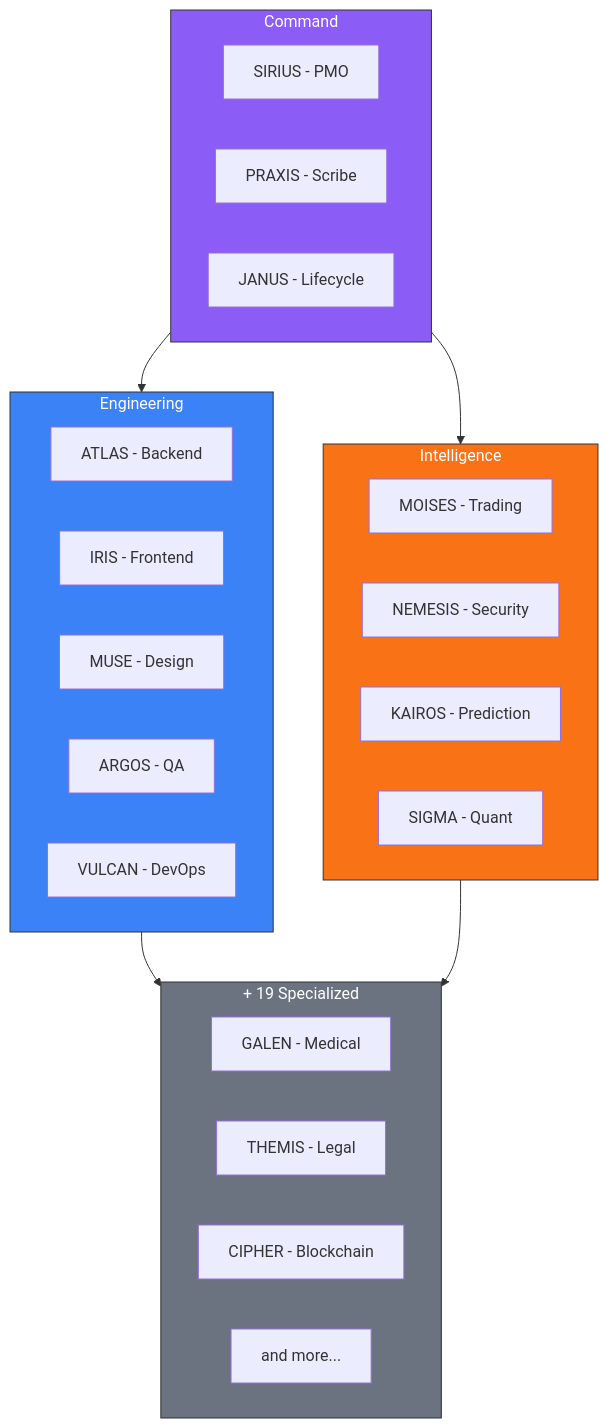
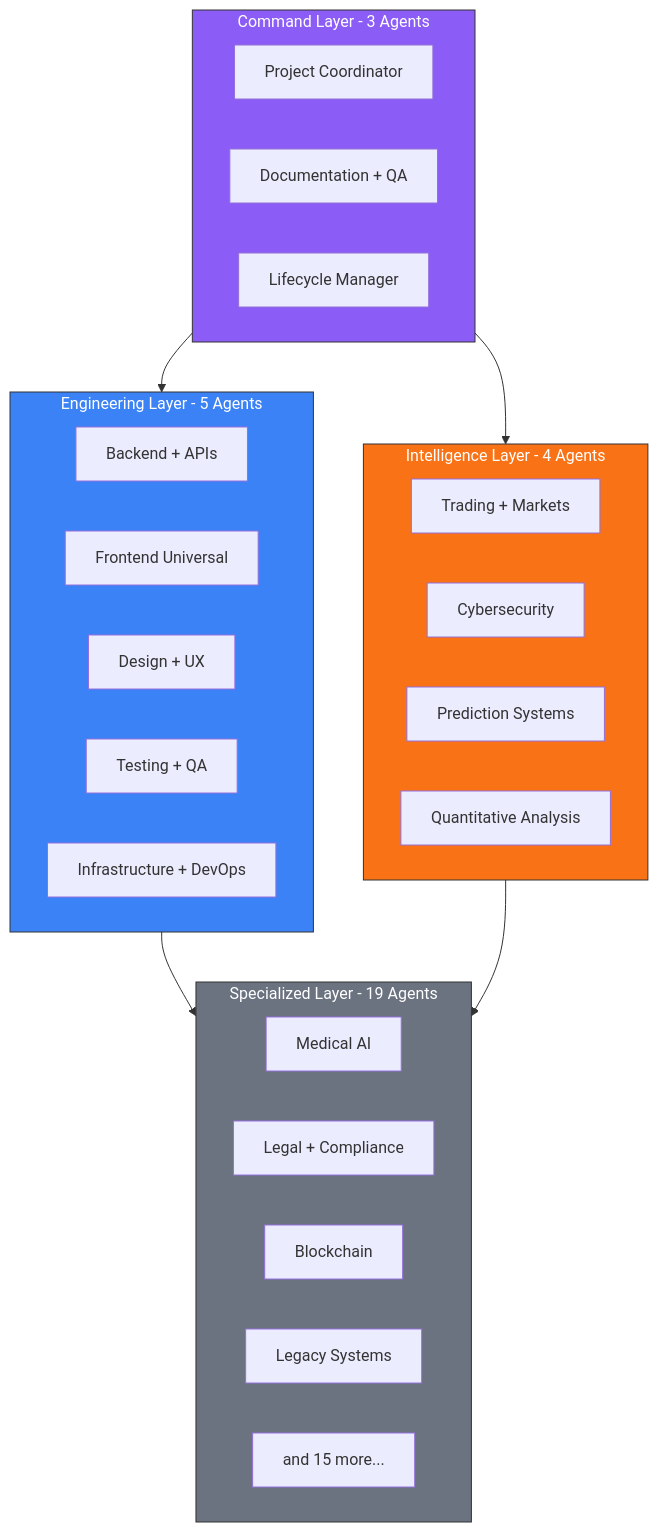
The second of 3 diagrams in README.md (soulcore-dev/soulcore-dev), drawn with Mermaid before and after one commit. The commit also changed other lines of this file, not shown here.

Commit message:
v6 - agent names protected, generic roles only

````diff
--- a/README.md
+++ b/README.md
@@ -60,40 +60,41 @@
 ```mermaid
 graph TB
-    subgraph CMD["Command"]
-        SIRIUS["SIRIUS - PMO"]
-        PRAXIS["PRAXIS - Scribe"]
-        JANUS["JANUS - Lifecycle"]
+    subgraph CMD["Command Layer - 3 Agents"]
+        C1["Project Coordinator"]
+        C2["Documentation + QA"]
+        C3["Lifecycle Manager"]
     end
 
-    subgraph ENG["Engineering"]
-        ATLAS["ATLAS - Backend"]
-        IRIS["IRIS - Frontend"]
-        MUSE["MUSE - Design"]
-        ARGOS["ARGOS - QA"]
-        VULCAN["VULCAN - DevOps"]
+    subgraph ENG["Engineering Layer - 5 Agents"]
+        E1["Backend + APIs"]
+        E2["Frontend Universal"]
+        E3["Design + UX"]
+        E4["Testing + QA"]
+        E5["Infrastructure + DevOps"]
     end
 
-    subgraph INT["Intelligence"]
-        MOISES["MOISES - Trading"]
-        NEMESIS["NEMESIS - Security"]
-        KAIROS["KAIROS - Prediction"]
-        SIGMA["SIGMA - Quant"]
+    subgraph INT["Intelligence Layer - 4 Agents"]
+        I1["Trading + Markets"]
+        I2["Cybersecurity"]
+        I3["Prediction Systems"]
+        I4["Quantitative Analysis"]
     end
 
-    subgraph SPE["+ 19 Specialized"]
-        D1["GALEN - Medical"]
-        D2["THEMIS - Legal"]
-        D3["CIPHER - Blockchain"]
-        D4["and more..."]
+    subgraph SPE["Specialized Layer - 19 Agents"]
+        S1["Medical AI"]
+        S2["Legal + Compliance"]
+        S3["Blockchain"]
+        S4["Legacy Systems"]
+        S5["and 15 more..."]
     end
 
     CMD --> ENG
     CMD --> INT
     ENG --> SPE
     INT --> SPE
 
     style CMD fill:#8b5cf6,stroke:#333,color:#fff
     style ENG fill:#3b82f6,stroke:#333,color:#fff
     style INT fill:#f97316,stroke:#333,color:#fff
     style SPE fill:#6b7280,stroke:#333,color:#fff
 ```
````
